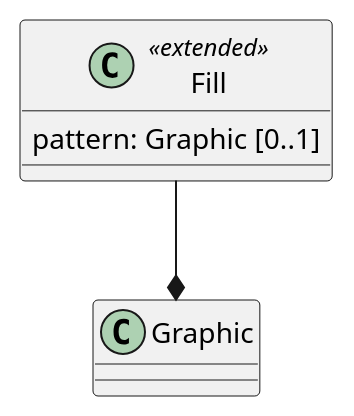
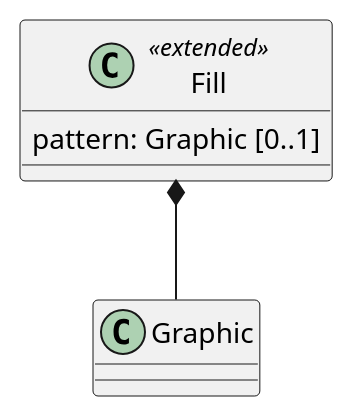
One commit to opengeospatial/styles-and-symbology changed the first of 2 diagrams in core/sections/clause_14_advanced_fills.adoc. Above: the diagram before and after it, drawn with PlantUML. The commit also changed other lines of this file and 10 other files, not shown here.

```diff
--- a/core/sections/clause_14_advanced_fills.adoc
+++ b/core/sections/clause_14_advanced_fills.adoc
@@ -8,6 +8,6 @@
 [plantuml, target=diagram-classes, format=png]
 ....
 class Fill <<extended>>
 Fill : pattern: Graphic [0..1]
-Fill --* Graphic
+Fill *-- Graphic
 ....
```
